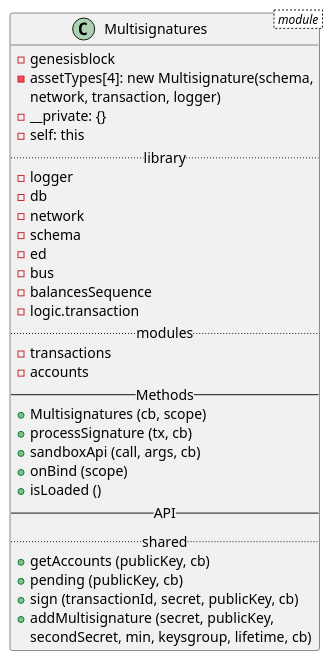
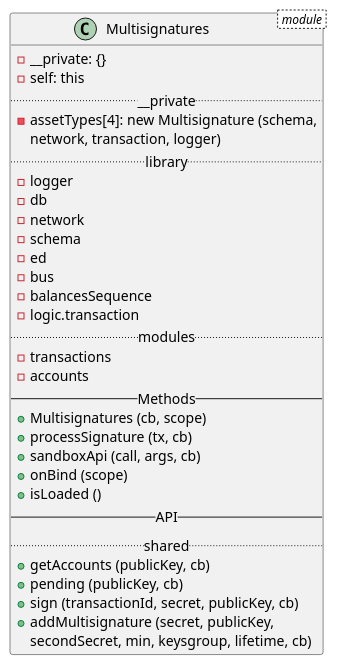
The diagram in class/classes/modules/multisignatures.puml (LucasIsasmendi/lisk-core-plantuml), drawn with PlantUML before and after one commit. The commit also changed 18 other files, not shown here.

```diff
--- a/class/classes/modules/multisignatures.puml
+++ b/class/classes/modules/multisignatures.puml
@@ -1,34 +1,34 @@
 @startuml
 class Multisignatures < module > {
-  - genesisblock
-  - assetTypes[4]: new Multisignature(schema,
-  network, transaction, logger)
   - __private: {}
   - self: this
+  .. __private ..
+  - assetTypes[4]: new Multisignature (schema,
+  network, transaction, logger)
   .. library ..
   - logger
   - db
   - network
   - schema
   - ed
   - bus
   - balancesSequence
   - logic.transaction
   .. modules ..
   - transactions
   - accounts
   -- Methods --
   + Multisignatures (cb, scope)
   + processSignature (tx, cb)
   + sandboxApi (call, args, cb)
   + onBind (scope)
   + isLoaded ()
   -- API --
   .. shared ..
   + getAccounts (publicKey, cb)
   + pending (publicKey, cb)
   + sign (transactionId, secret, publicKey, cb)
   + addMultisignature (secret, publicKey,
   secondSecret, min, keysgroup, lifetime, cb)
 }
 @enduml
```
